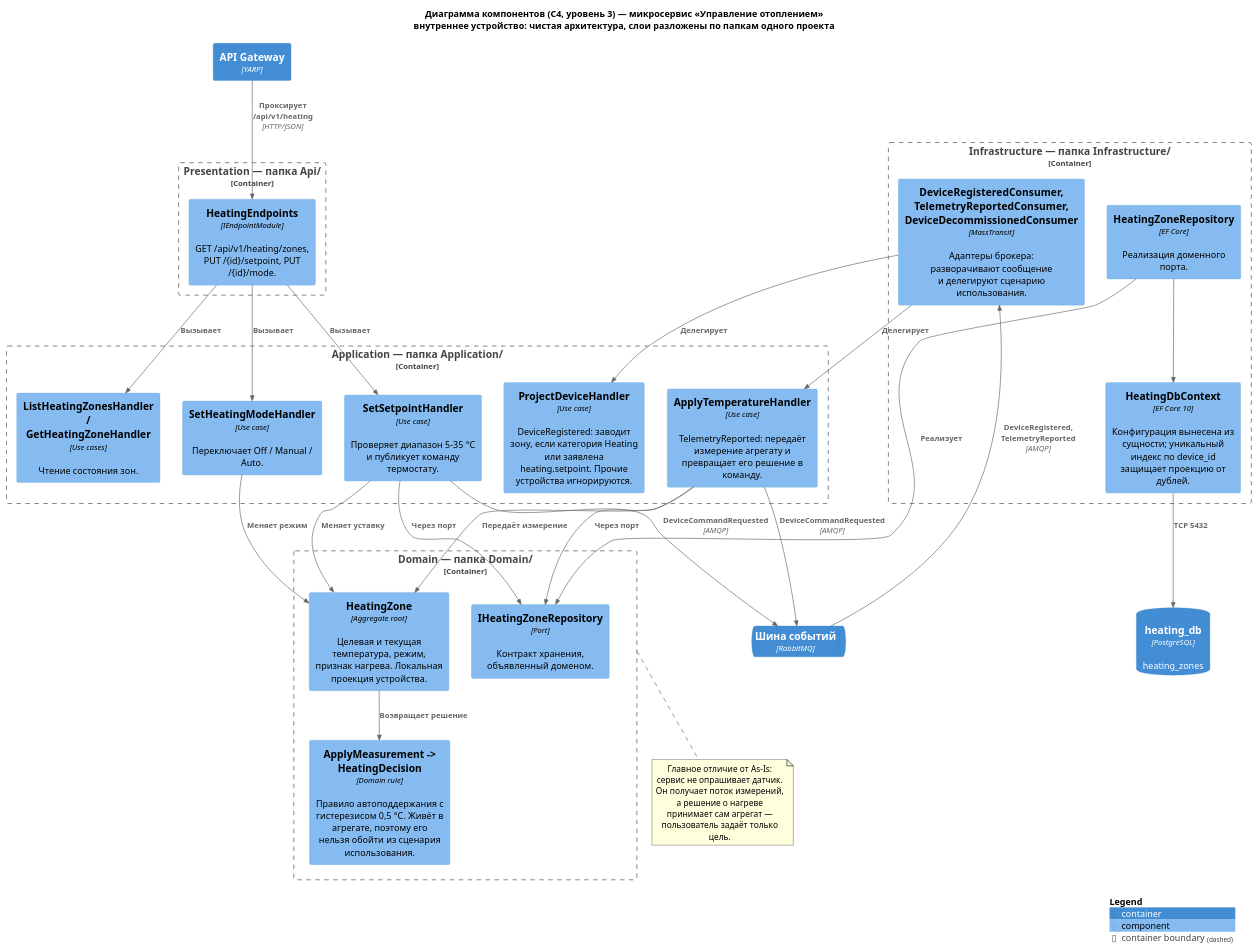
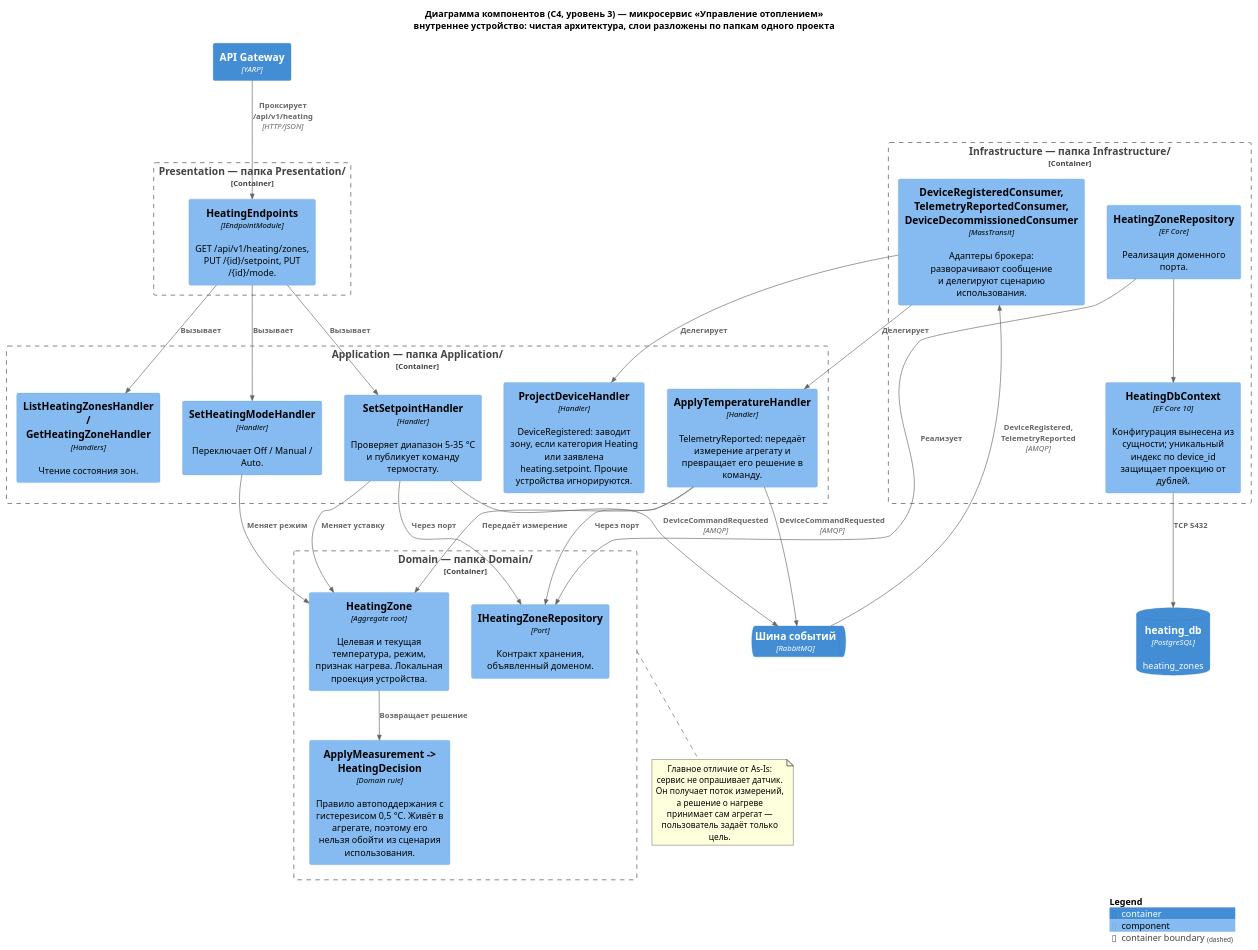
The diagram in docs/c4/05-components-heating.puml (Koryun13/warmhouse), drawn with PlantUML before and after one commit. The commit also changed 392 other files, not shown here.

```diff
--- a/docs/c4/05-components-heating.puml
+++ b/docs/c4/05-components-heating.puml
@@ -1,63 +1,63 @@
 @startuml C4_Components_Heating
 !include https://raw.githubusercontent.com/plantuml-stdlib/C4-PlantUML/master/C4_Component.puml
 
 title Диаграмма компонентов (C4, уровень 3) — микросервис «Управление отоплением»\nвнутреннее устройство: чистая архитектура, слои разложены по папкам одного проекта
 
 Container(gateway, "API Gateway", "YARP", "")
 ContainerQueue(broker, "Шина событий", "RabbitMQ", "")
 ContainerDb(db, "heating_db", "PostgreSQL", "heating_zones")
 
-Container_Boundary(api, "Presentation — папка Api/") {
+Container_Boundary(api, "Presentation — папка Presentation/") {
     Component(endpoints, "HeatingEndpoints", "IEndpointModule", "GET /api/v1/heating/zones, PUT /{id}/setpoint, PUT /{id}/mode.")
 }
 
 Container_Boundary(application, "Application — папка Application/") {
-    Component(setSetpoint, "SetSetpointHandler", "Use case", "Проверяет диапазон 5–35 °C и публикует команду термостату.")
-    Component(setMode, "SetHeatingModeHandler", "Use case", "Переключает Off / Manual / Auto.")
-    Component(projectDevice, "ProjectDeviceHandler", "Use case", "DeviceRegistered: заводит зону, если категория Heating или заявлена heating.setpoint. Прочие устройства игнорируются.")
-    Component(applyTemp, "ApplyTemperatureHandler", "Use case", "TelemetryReported: передаёт измерение агрегату и превращает его решение в команду.")
-    Component(listZones, "ListHeatingZonesHandler / GetHeatingZoneHandler", "Use cases", "Чтение состояния зон.")
+    Component(setSetpoint, "SetSetpointHandler", "Handler", "Проверяет диапазон 5–35 °C и публикует команду термостату.")
+    Component(setMode, "SetHeatingModeHandler", "Handler", "Переключает Off / Manual / Auto.")
+    Component(projectDevice, "ProjectDeviceHandler", "Handler", "DeviceRegistered: заводит зону, если категория Heating или заявлена heating.setpoint. Прочие устройства игнорируются.")
+    Component(applyTemp, "ApplyTemperatureHandler", "Handler", "TelemetryReported: передаёт измерение агрегату и превращает его решение в команду.")
+    Component(listZones, "ListHeatingZonesHandler / GetHeatingZoneHandler", "Handlers", "Чтение состояния зон.")
 }
 
 Container_Boundary(domain, "Domain — папка Domain/") {
     Component(zone, "HeatingZone", "Aggregate root", "Целевая и текущая температура, режим, признак нагрева. Локальная проекция устройства.")
     Component(decision, "ApplyMeasurement -> HeatingDecision", "Domain rule", "Правило автоподдержания с гистерезисом 0,5 °C. Живёт в агрегате, поэтому его нельзя обойти из сценария использования.")
     Component(repoPort, "IHeatingZoneRepository", "Port", "Контракт хранения, объявленный доменом.")
 }
 
 Container_Boundary(infrastructure, "Infrastructure — папка Infrastructure/") {
     Component(dbContext, "HeatingDbContext", "EF Core 10", "Конфигурация вынесена из сущности; уникальный индекс по device_id защищает проекцию от дублей.")
     Component(repository, "HeatingZoneRepository", "EF Core", "Реализация доменного порта.")
     Component(consumers, "DeviceRegisteredConsumer, TelemetryReportedConsumer, DeviceDecommissionedConsumer", "MassTransit", "Адаптеры брокера: разворачивают сообщение и делегируют сценарию использования.")
 }
 
 Rel(gateway, endpoints, "Проксирует /api/v1/heating", "HTTP/JSON")
 Rel(endpoints, setSetpoint, "Вызывает")
 Rel(endpoints, setMode, "Вызывает")
 Rel(endpoints, listZones, "Вызывает")
 
 Rel(broker, consumers, "DeviceRegistered, TelemetryReported", "AMQP")
 Rel(consumers, projectDevice, "Делегирует")
 Rel(consumers, applyTemp, "Делегирует")
 
 Rel(applyTemp, zone, "Передаёт измерение")
 Rel(zone, decision, "Возвращает решение")
 Rel(applyTemp, broker, "DeviceCommandRequested", "AMQP")
 Rel(setSetpoint, zone, "Меняет уставку")
 Rel(setSetpoint, broker, "DeviceCommandRequested", "AMQP")
 Rel(setMode, zone, "Меняет режим")
 
 Rel(setSetpoint, repoPort, "Через порт")
 Rel(applyTemp, repoPort, "Через порт")
 Rel(repository, repoPort, "Реализует")
 Rel(repository, dbContext, "")
 Rel(dbContext, db, "TCP 5432")
 
 note bottom of domain
   Главное отличие от As-Is: сервис не опрашивает датчик.
   Он получает поток измерений, а решение о нагреве
   принимает сам агрегат — пользователь задаёт только цель.
 end note
 
 SHOW_LEGEND()
 @enduml
```
